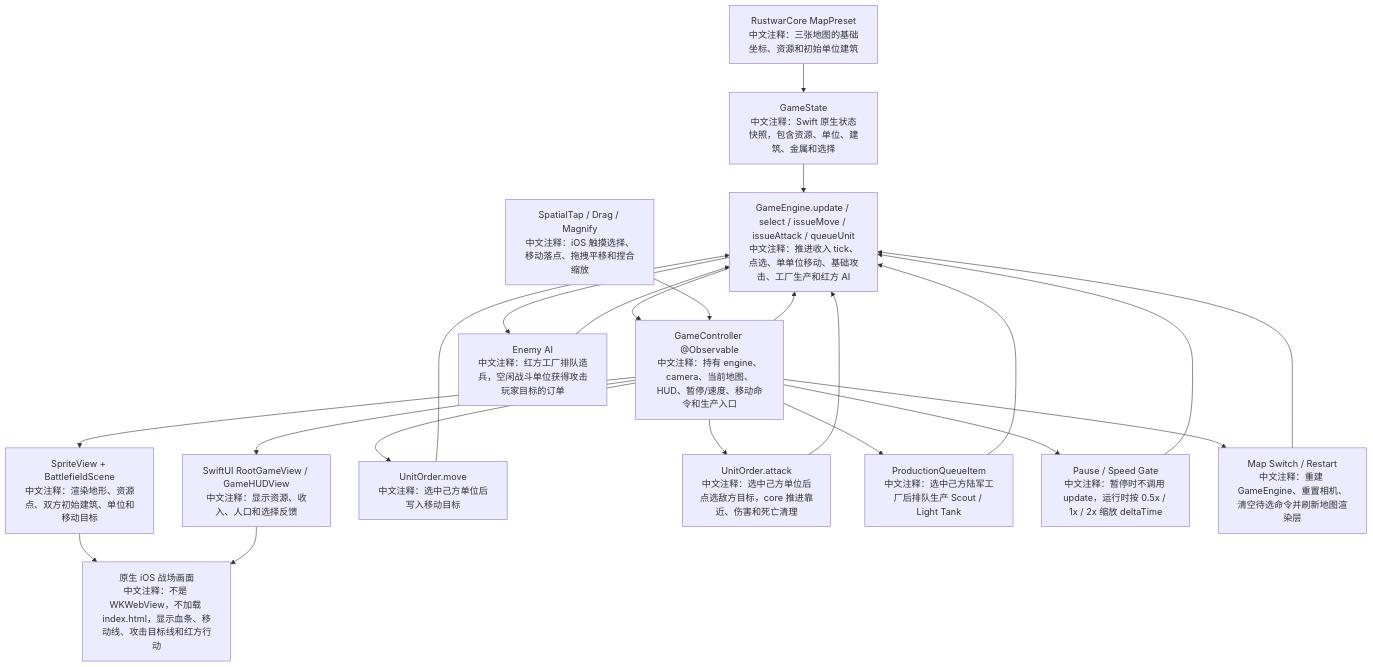
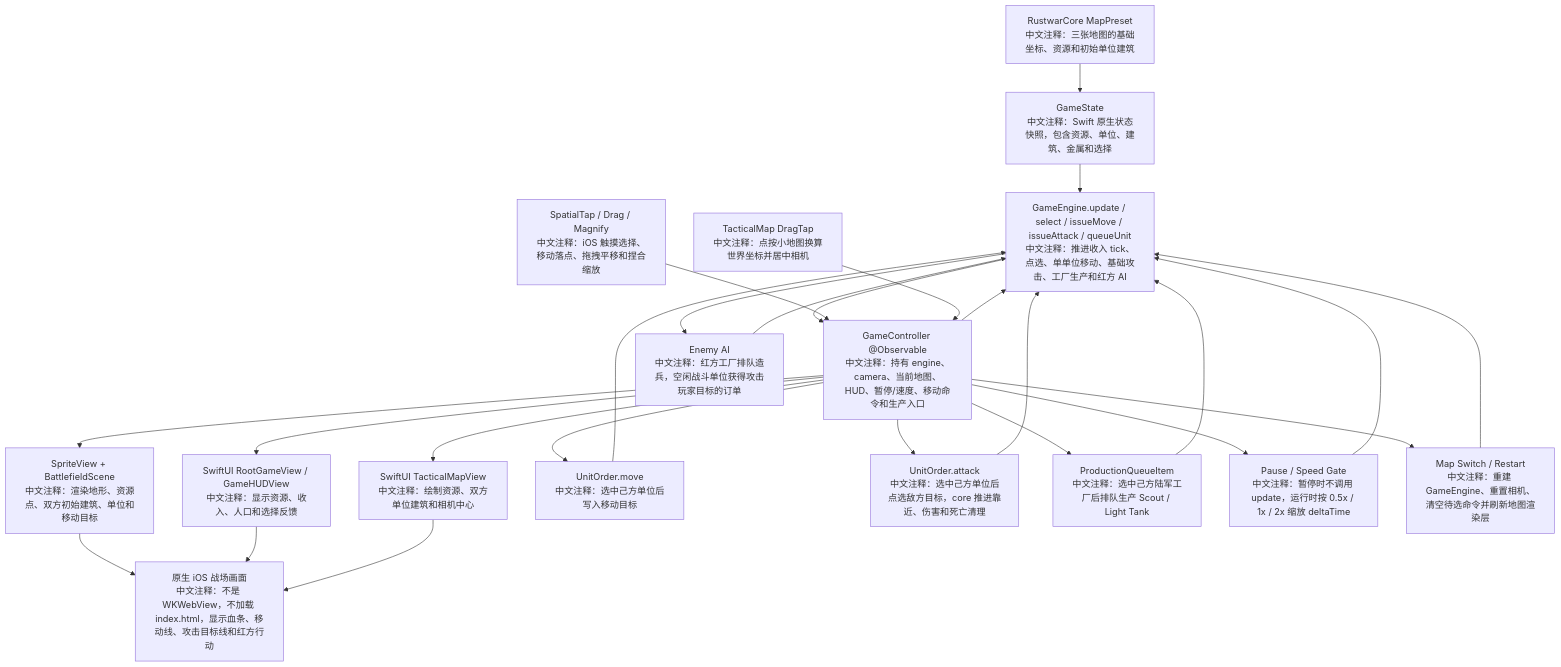
One commit to Altman-sam114/120 changed the third of 5 diagrams in md/flow/flowchart.md. Above: the diagram before and after it, drawn with Mermaid. The commit also changed 10 other files, not shown here.

````diff
--- a/md/flow/flowchart.md
+++ b/md/flow/flowchart.md
@@ -52,24 +52,27 @@
 ```mermaid
 flowchart TD
   P["RustwarCore MapPreset<br/>中文注释：三张地图的基础坐标、资源和初始单位建筑"] --> S["GameState<br/>中文注释：Swift 原生状态快照，包含资源、单位、建筑、金属和选择"]
   S --> E["GameEngine.update / select / issueMove / issueAttack / queueUnit<br/>中文注释：推进收入 tick、点选、单单位移动、基础攻击、工厂生产和红方 AI"]
   E --> C["GameController @Observable<br/>中文注释：持有 engine、camera、当前地图、HUD、暂停/速度、移动命令和生产入口"]
   C --> H["SwiftUI RootGameView / GameHUDView<br/>中文注释：显示资源、收入、人口和选择反馈"]
+  C --> TM["SwiftUI TacticalMapView<br/>中文注释：绘制资源、双方单位建筑和相机中心"]
   C --> B["SpriteView + BattlefieldScene<br/>中文注释：渲染地形、资源点、双方初始建筑、单位和移动目标"]
   T["SpatialTap / Drag / Magnify<br/>中文注释：iOS 触摸选择、移动落点、拖拽平移和捏合缩放"] --> C
+  TT["TacticalMap DragTap<br/>中文注释：点按小地图换算世界坐标并居中相机"] --> C
   C --> M["UnitOrder.move<br/>中文注释：选中己方单位后写入移动目标"]
   M --> E
   C --> A["UnitOrder.attack<br/>中文注释：选中己方单位后点选敌方目标，core 推进靠近、伤害和死亡清理"]
   A --> E
   C --> Q["ProductionQueueItem<br/>中文注释：选中己方陆军工厂后排队生产 Scout / Light Tank"]
   Q --> E
   C --> PS["Pause / Speed Gate<br/>中文注释：暂停时不调用 update，运行时按 0.5x / 1x / 2x 缩放 deltaTime"]
   PS --> E
   C --> MP["Map Switch / Restart<br/>中文注释：重建 GameEngine、重置相机、清空待选命令并刷新地图渲染层"]
   MP --> E
   E --> AI["Enemy AI<br/>中文注释：红方工厂排队造兵，空闲战斗单位获得攻击玩家目标的订单"]
   AI --> E
   C --> E
   B --> O["原生 iOS 战场画面<br/>中文注释：不是 WKWebView，不加载 index.html，显示血条、移动线、攻击目标线和红方行动"]
   H --> O
+  TM --> O
 ```
````
